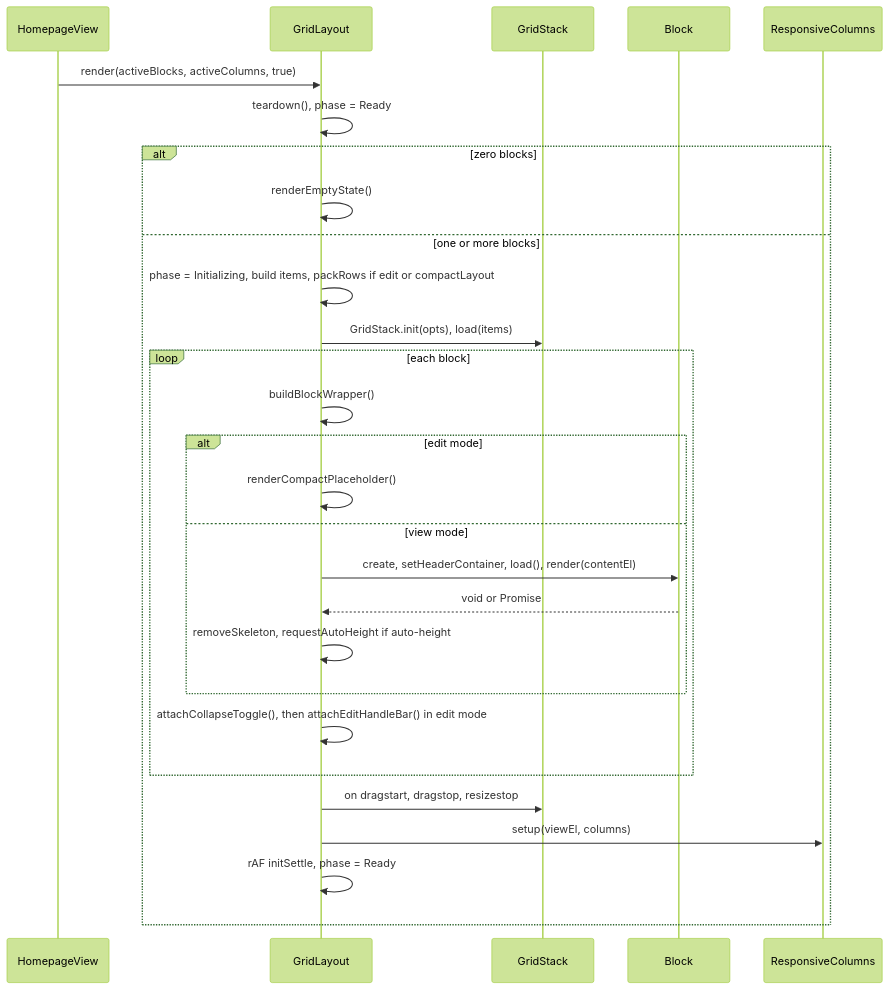
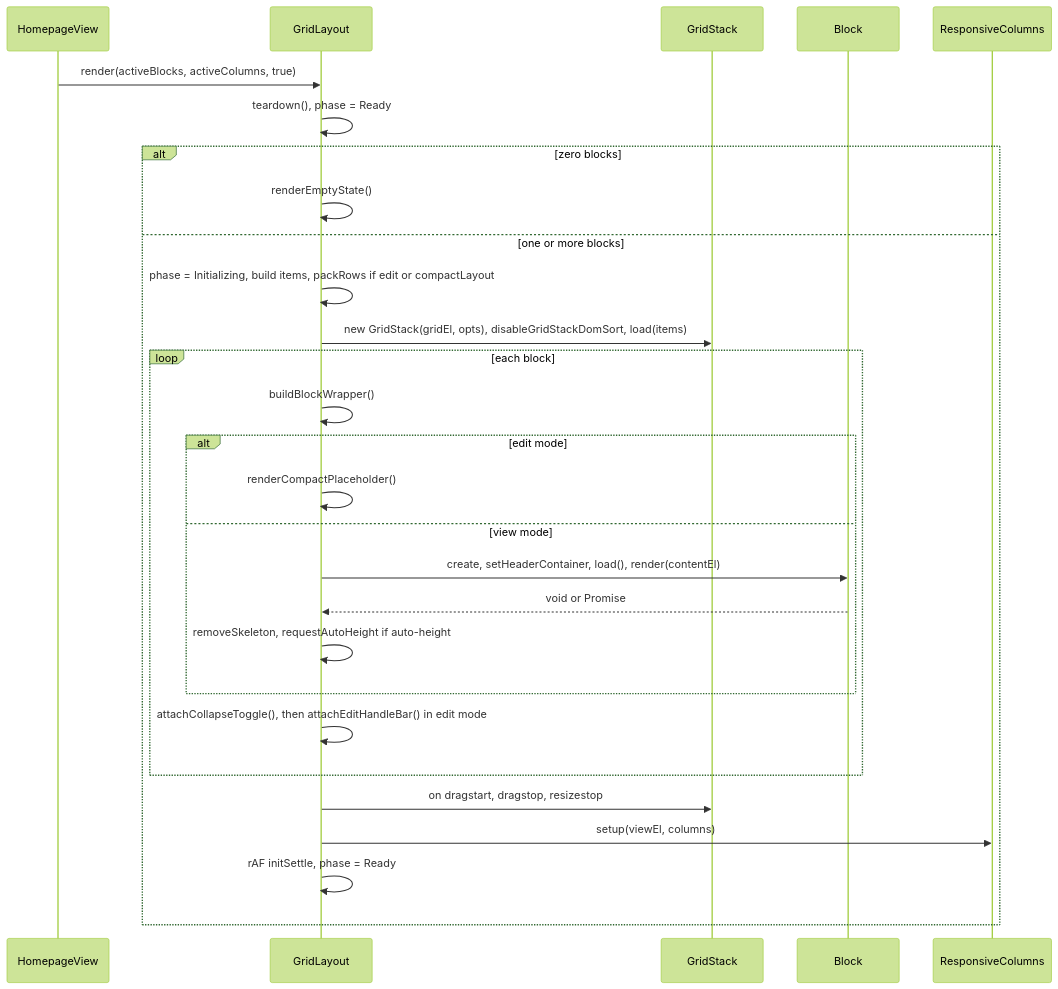
One commit to acaprino/obsidian-plugin-homepage changed the fourth of 15 diagrams in docs/flows.md. Above: the diagram before and after it, drawn with Mermaid (forest theme). The commit also changed other lines of this file and 9 other files, not shown here.

````diff
--- a/docs/flows.md
+++ b/docs/flows.md
@@ -269,30 +269,30 @@
 ```mermaid
 sequenceDiagram
   participant V as HomepageView
   participant G as GridLayout
   participant GS as GridStack
   participant B as Block
   participant RC as ResponsiveColumns
   V->>G: render(activeBlocks, activeColumns, true)
   G->>G: teardown(), phase = Ready
   alt zero blocks
     G->>G: renderEmptyState()
   else one or more blocks
     G->>G: phase = Initializing, build items, packRows if edit or compactLayout
-    G->>GS: GridStack.init(opts), load(items)
+    G->>GS: new GridStack(gridEl, opts), disableGridStackDomSort, load(items)
     loop each block
       G->>G: buildBlockWrapper()
       alt edit mode
         G->>G: renderCompactPlaceholder()
       else view mode
         G->>B: create, setHeaderContainer, load(), render(contentEl)
         B-->>G: void or Promise
         G->>G: removeSkeleton, requestAutoHeight if auto-height
       end
       G->>G: attachCollapseToggle(), then attachEditHandleBar() in edit mode
     end
     G->>GS: on dragstart, dragstop, resizestop
     G->>RC: setup(viewEl, columns)
     G->>G: rAF initSettle, phase = Ready
   end
 ```
````
